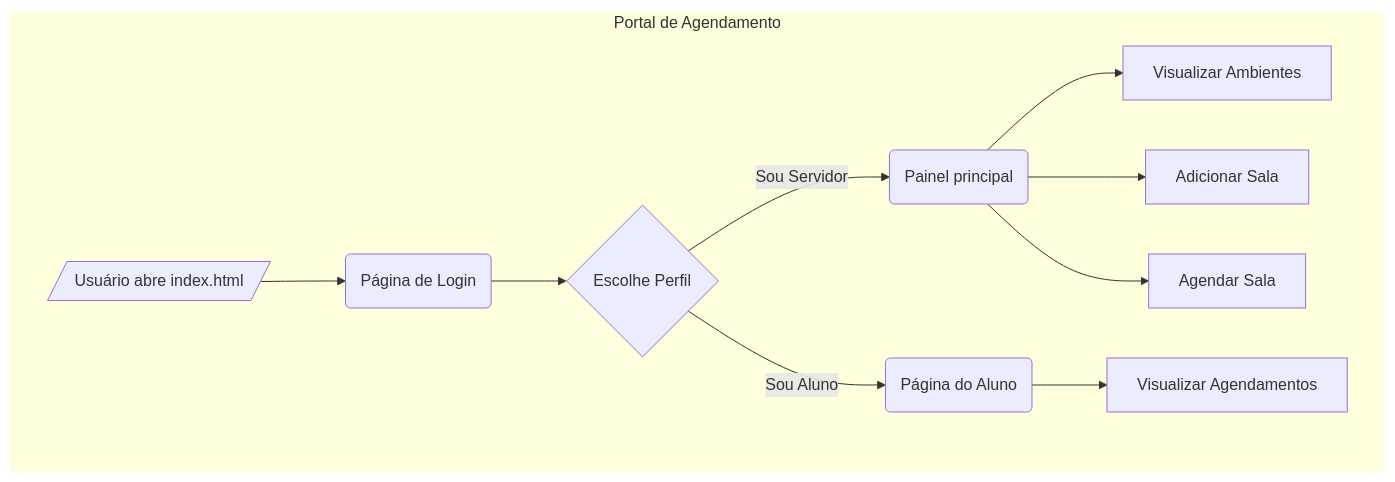
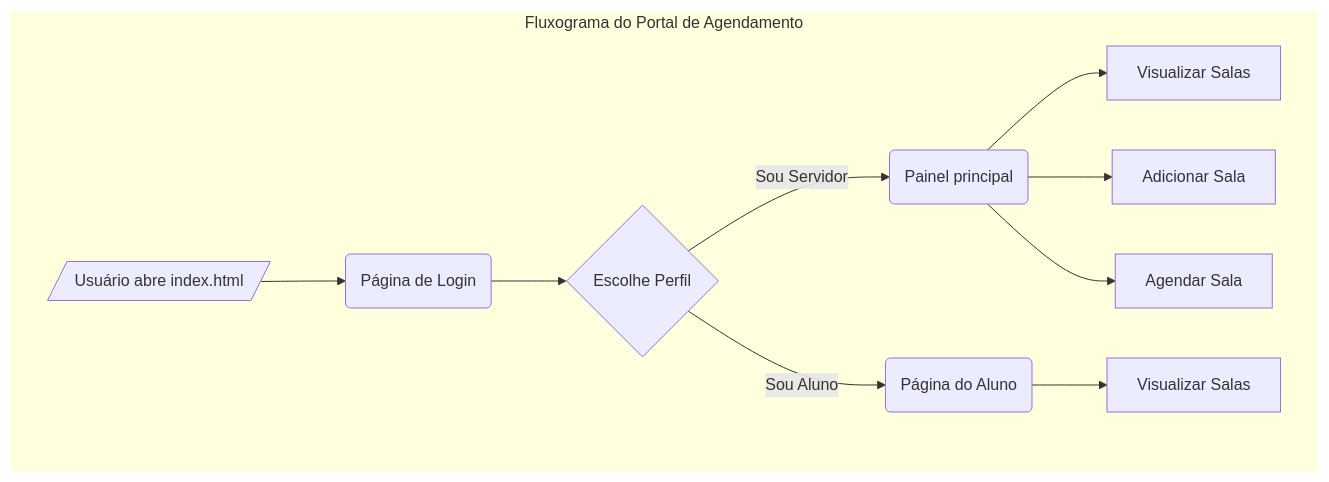
The diagram in README.md (ericdalaporta/sistema-gerenciamento-salas), drawn with Mermaid before and after one commit.

````diff
--- a/README.md
+++ b/README.md
@@ -62,28 +62,28 @@
 ```mermaid
 ---
 config:
   theme: mc
   look: classic
   layout: dagre
 ---
 flowchart TD
- subgraph exemplo["Portal de Agendamento"]
+ subgraph exemplo["Fluxograma do Portal de Agendamento"]
         B("Página de Login")
         A[/"Usuário abre index.html"/]
         C{"Escolhe Perfil"}
         D("Painel principal")
         E("Página do Aluno")
-        F["Visualizar Ambientes"]
+        F["Visualizar Salas"]
         G["Adicionar Sala"]
         H["Agendar Sala"]
-        I["Visualizar Agendamentos"]
+        I["Visualizar Salas"]
   end
     A --> B
     B --> C
     C -- Sou Servidor --> D
     C -- Sou Aluno --> E
     D --> F & G & H
     E --> I
     style exemplo stroke:none
 
 ```
````
